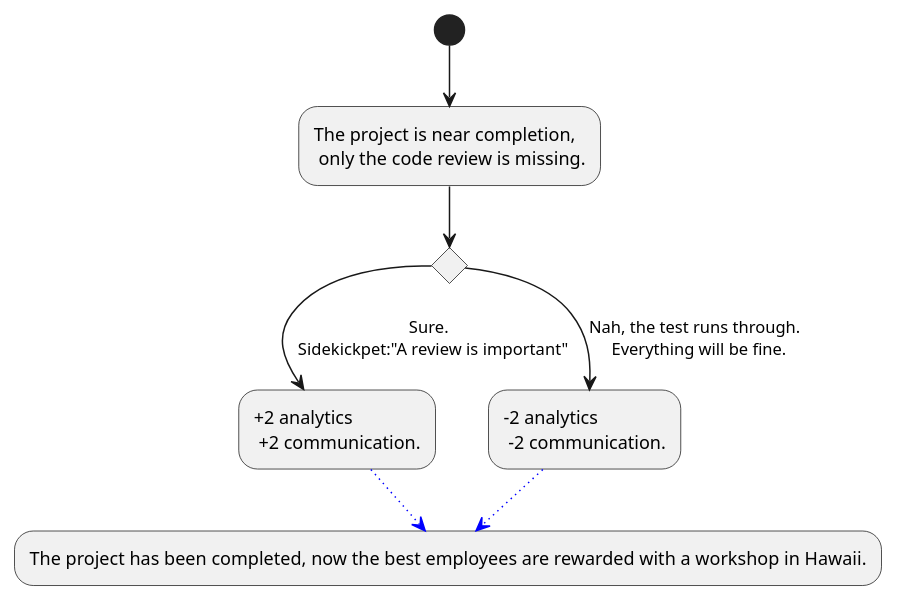
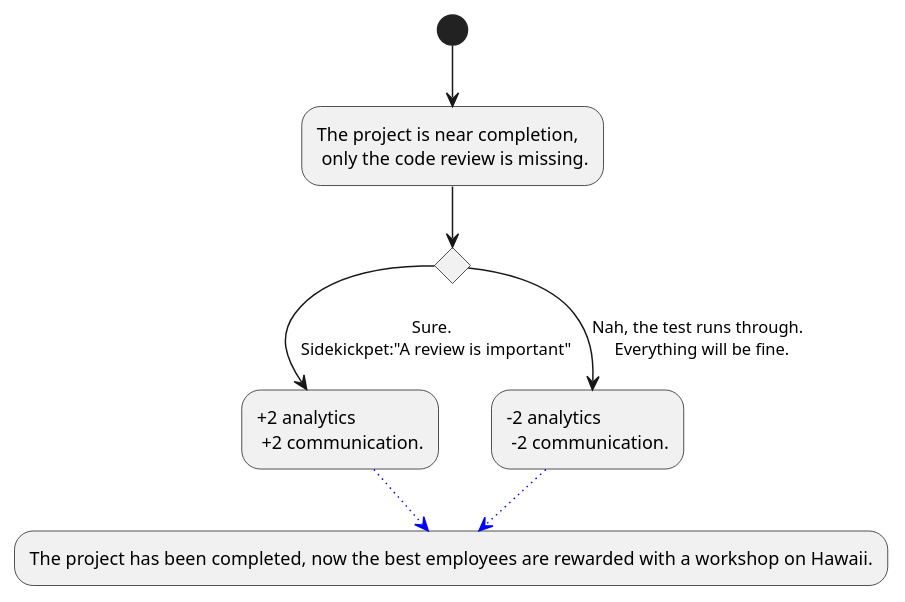
Before and after one commit to Brotenko/QualityQuest: the diagram in Docs/Technical Specifications/docs/diagrams/StoryFlow/StoryFlow_Decision_14.puml, drawn with PlantUML.

Commit message:
Update Docs/Technical Specifications/docs/diagrams/StoryFlow/StoryFlow_Decision_14.puml

```diff
--- a/Docs/Technical Specifications/docs/diagrams/StoryFlow/StoryFlow_Decision_14.puml
+++ b/Docs/Technical Specifications/docs/diagrams/StoryFlow/StoryFlow_Decision_14.puml
@@ -1,9 +1,9 @@
 @startuml
 (*) --> "The project is near completion, \n only the code review is missing." as ende
 if "" then 
 --> [Sure. \n Sidekickpet:"A review is important"] "+2 analytics \n +2 communication." as good
 else 
 --> [Nah, the test runs through. \n Everything will be fine.] "-2 analytics \n -2 communication."
--[#blue,dotted]-> "The project has been completed, now the best employees are rewarded with a workshop in Hawaii." as shop
+-[#blue,dotted]-> "The project has been completed, now the best employees are rewarded with a workshop on Hawaii." as shop
 good -[#blue,dotted]-> shop
 @enduml
```
